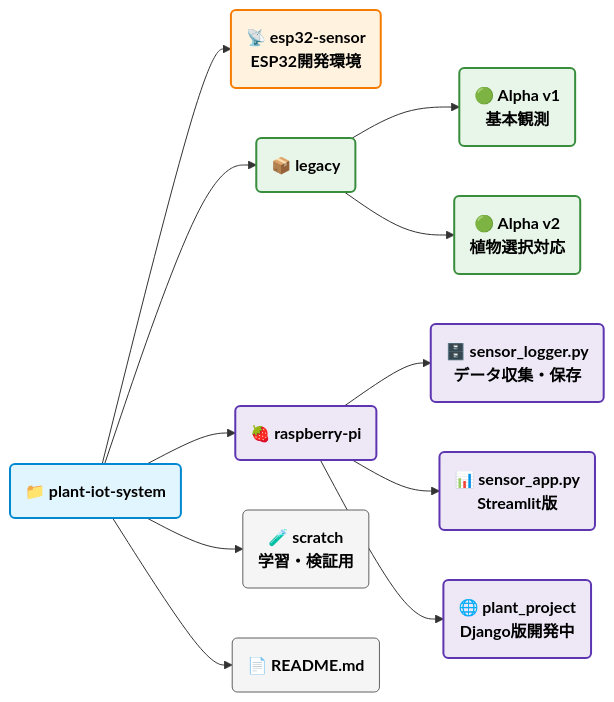
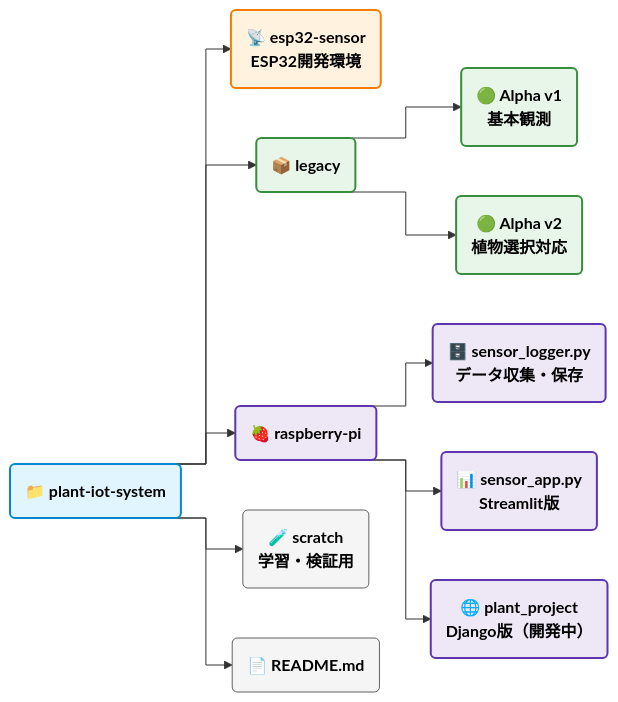
One commit to Mutou-dev123/plant-iot-system changed the first of 3 diagrams in README.md. Above: the diagram before and after it, drawn with Mermaid. The commit also changed other lines of this file, not shown here.

First line of the commit message:
Enhance README with project purpose and goals

````diff
--- a/README.md
+++ b/README.md
@@ -107,46 +109,49 @@
 ```mermaid
+
+%%{init: {'flowchart': {'curve': 'stepAfter'}}}%%
+
 graph LR
 
     classDef default font-weight:bold
 
     Root("📁 plant-iot-system")
 
     ESP("📡 esp32-sensor<br>ESP32開発環境")
     Legacy("📦 legacy")
     RPi("🍓 raspberry-pi")
     Scratch("🧪 scratch<br>学習・検証用")
     RM("📄 README.md")
 
     Alpha1("🟢 Alpha v1<br>基本観測")
     Alpha2("🟢 Alpha v2<br>植物選択対応")
 
-    Django("🌐 plant_project<br>Django版開発中")
+    Django("🌐 plant_project<br>Django版（開発中）")
     Streamlit("📊 sensor_app.py<br>Streamlit版")
     Logger("🗄️ sensor_logger.py<br>データ収集・保存")
 
     Root --> ESP
     Root --> Legacy
     Root --> RPi
     Root --> Scratch
     Root --> RM
 
     Legacy --> Alpha1
     Legacy --> Alpha2
 
     RPi --> Logger
     RPi --> Streamlit
     RPi --> Django
 
     %% スタイル設定
     classDef root fill:#e1f5fe,stroke:#0288d1,stroke-width:2px,color:#000
     classDef legacy fill:#e8f5e9,stroke:#388e3c,stroke-width:2px,color:#000
     classDef raspberry fill:#ede7f6,stroke:#5e35b1,stroke-width:2px,color:#000
     classDef esp fill:#fff3e0,stroke:#f57c00,stroke-width:2px,color:#000
     classDef common fill:#f5f5f5,stroke:#616161,color:#000
 
     class Root root
     class Legacy,Alpha1,Alpha2 legacy
     class RPi,Logger,Streamlit,Django raspberry
     class ESP esp
     class Scratch,RM common
 ```
````
